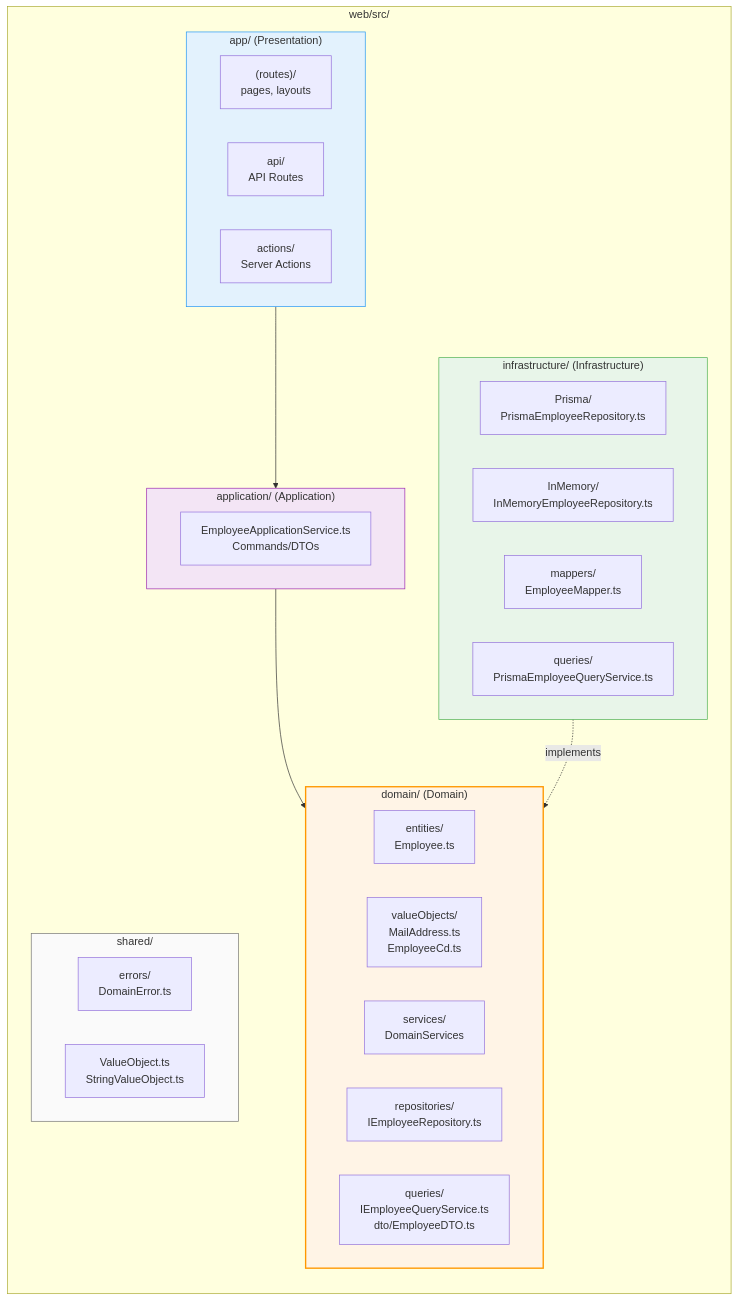
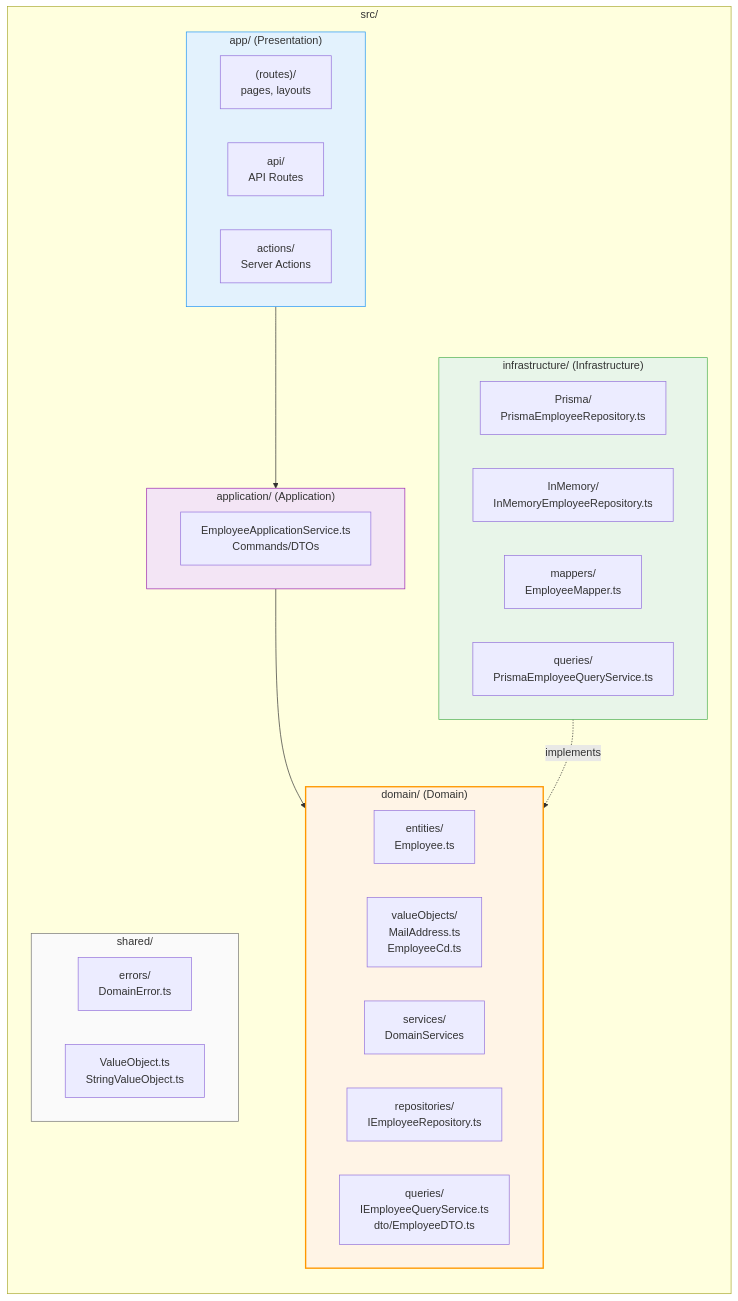
The second of 5 diagrams in docs/ddd-architecture-overview.md (chapplehub/estimate-management-system), drawn with Mermaid before and after one commit. The commit also changed 87 other files, not shown here.

````diff
--- a/docs/ddd-architecture-overview.md
+++ b/docs/ddd-architecture-overview.md
@@ -107,46 +107,46 @@
 ```mermaid
 graph LR
-    subgraph src["web/src/"]
+    subgraph src["src/"]
         direction TB
 
         subgraph app["app/ (Presentation)"]
             routes["(routes)/<br/>pages, layouts"]
             api["api/<br/>API Routes"]
             actions["actions/<br/>Server Actions"]
         end
 
         subgraph application["application/ (Application)"]
             appService["EmployeeApplicationService.ts<br/>Commands/DTOs"]
         end
 
         subgraph domain["domain/ (Domain)"]
             entities["entities/<br/>Employee.ts"]
             valueObjects["valueObjects/<br/>MailAddress.ts<br/>EmployeeCd.ts"]
             services["services/<br/>DomainServices"]
             repositories["repositories/<br/>IEmployeeRepository.ts"]
             queries["queries/<br/>IEmployeeQueryService.ts<br/>dto/EmployeeDTO.ts"]
         end
 
         subgraph infrastructure["infrastructure/ (Infrastructure)"]
             prismaRepo["Prisma/<br/>PrismaEmployeeRepository.ts"]
             inMemoryRepo["InMemory/<br/>InMemoryEmployeeRepository.ts"]
             mappers["mappers/<br/>EmployeeMapper.ts"]
             queryImpl["queries/<br/>PrismaEmployeeQueryService.ts"]
         end
 
         subgraph shared["shared/"]
             errors["errors/<br/>DomainError.ts"]
             utils["ValueObject.ts<br/>StringValueObject.ts"]
         end
     end
 
     app --> application
     application --> domain
     infrastructure -.implements.-> domain
 
     style domain fill:#fff4e6,stroke:#ff9800,stroke-width:2px
     style app fill:#e3f2fd,stroke:#2196f3
     style application fill:#f3e5f5,stroke:#9c27b0
     style infrastructure fill:#e8f5e9,stroke:#4caf50
     style shared fill:#fafafa,stroke:#757575
 ```
````
